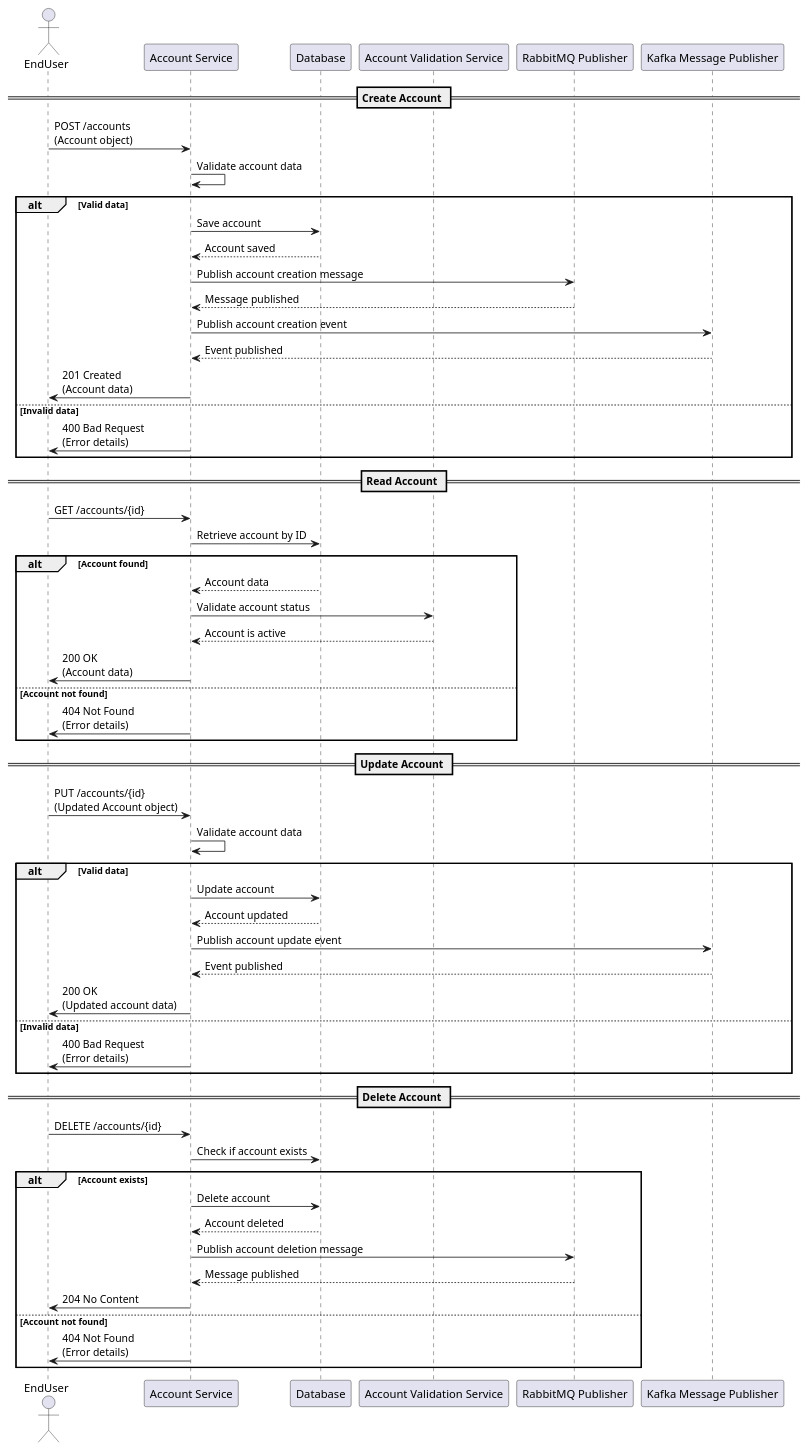
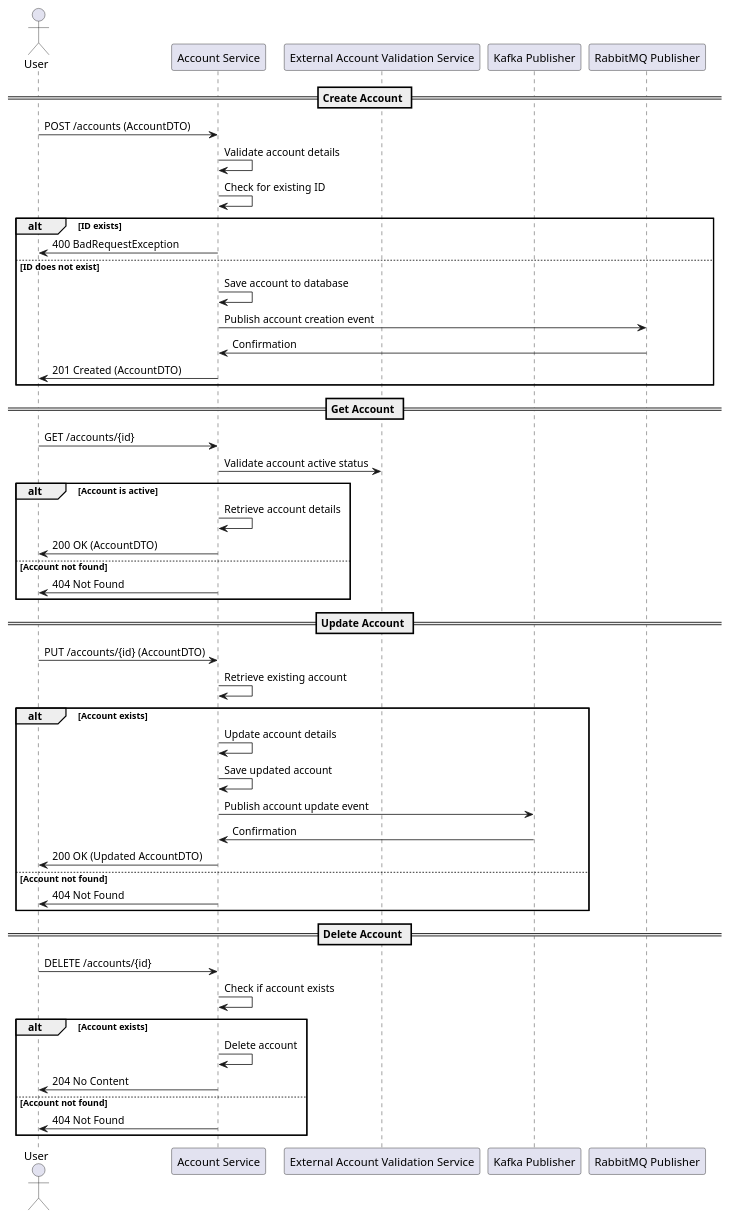
Before and after one commit to Bhaskar-Pavan/AccountService: the diagram in design_document/Account_service.md, drawn with PlantUML. The commit also changed other lines of this file, not shown here.

````diff
--- a/design_document/Account_service.md
+++ b/design_document/Account_service.md
@@ -67,64 +48,56 @@
 ```plantuml
 @startuml
-actor EndUser as User
-participant "Account Service" as Service
-participant "Database" as DB
-participant "Account Validation Service" as ExternalService
-participant "RabbitMQ Publisher" as RabbitMQ
-participant "Kafka Message Publisher" as Kafka
+actor User
+participant "Account Service" as AS
+participant "External Account Validation Service" as EAVS
+participant "Kafka Publisher" as KP
+participant "RabbitMQ Publisher" as RP
 
 == Create Account ==
-User -> Service: POST /accounts\n(Account object)
-Service -> Service: Validate account data
-alt Valid data
-    Service -> DB: Save account
-    DB --> Service: Account saved
-    Service -> RabbitMQ: Publish account creation message
-    RabbitMQ --> Service: Message published
-    Service -> Kafka: Publish account creation event
-    Kafka --> Service: Event published
-    Service -> User: 201 Created\n(Account data)
-else Invalid data
-    Service -> User: 400 Bad Request\n(Error details)
+User -> AS : POST /accounts (AccountDTO)
+AS -> AS : Validate account details
+AS -> AS : Check for existing ID
+alt ID exists
+    AS -> User : 400 BadRequestException
+else ID does not exist
+    AS -> AS : Save account to database
+    AS -> RP : Publish account creation event
+    RP -> AS : Confirmation
+    AS -> User : 201 Created (AccountDTO)
 end
 
-== Read Account ==
-User -> Service: GET /accounts/{id}
-Service -> DB: Retrieve account by ID
-alt Account found
-    DB --> Service: Account data
-    Service -> ExternalService: Validate account status
-    ExternalService --> Service: Account is active
-    Service -> User: 200 OK\n(Account data)
+== Get Account ==
+User -> AS : GET /accounts/{id}
+AS -> EAVS : Validate account active status
+alt Account is active
+    AS -> AS : Retrieve account details
+    AS -> User : 200 OK (AccountDTO)
 else Account not found
-    Service -> User: 404 Not Found\n(Error details)
+    AS -> User : 404 Not Found
 end
 
 == Update Account ==
-User -> Service: PUT /accounts/{id}\n(Updated Account object)
-Service -> Service: Validate account data
-alt Valid data
-    Service -> DB: Update account
-    DB --> Service: Account updated
-    Service -> Kafka: Publish account update event
-    Kafka --> Service: Event published
-    Service -> User: 200 OK\n(Updated account data)
-else Invalid data
-    Service -> User: 400 Bad Request\n(Error details)
+User -> AS : PUT /accounts/{id} (AccountDTO)
+AS -> AS : Retrieve existing account
+alt Account exists
+    AS -> AS : Update account details
+    AS -> AS : Save updated account
+    AS -> KP : Publish account update event
+    KP -> AS : Confirmation
+    AS -> User : 200 OK (Updated AccountDTO)
+else Account not found
+    AS -> User : 404 Not Found
 end
 
 == Delete Account ==
-User -> Service: DELETE /accounts/{id}
-Service -> DB: Check if account exists
+User -> AS : DELETE /accounts/{id}
+AS -> AS : Check if account exists
 alt Account exists
-    Service -> DB: Delete account
-    DB --> Service: Account deleted
-    Service -> RabbitMQ: Publish account deletion message
-    RabbitMQ --> Service: Message published
-    Service -> User: 204 No Content
+    AS -> AS : Delete account
+    AS -> User : 204 No Content
 else Account not found
-    Service -> User: 404 Not Found\n(Error details)
+    AS -> User : 404 Not Found
 end
 
 @enduml
 ```
````
